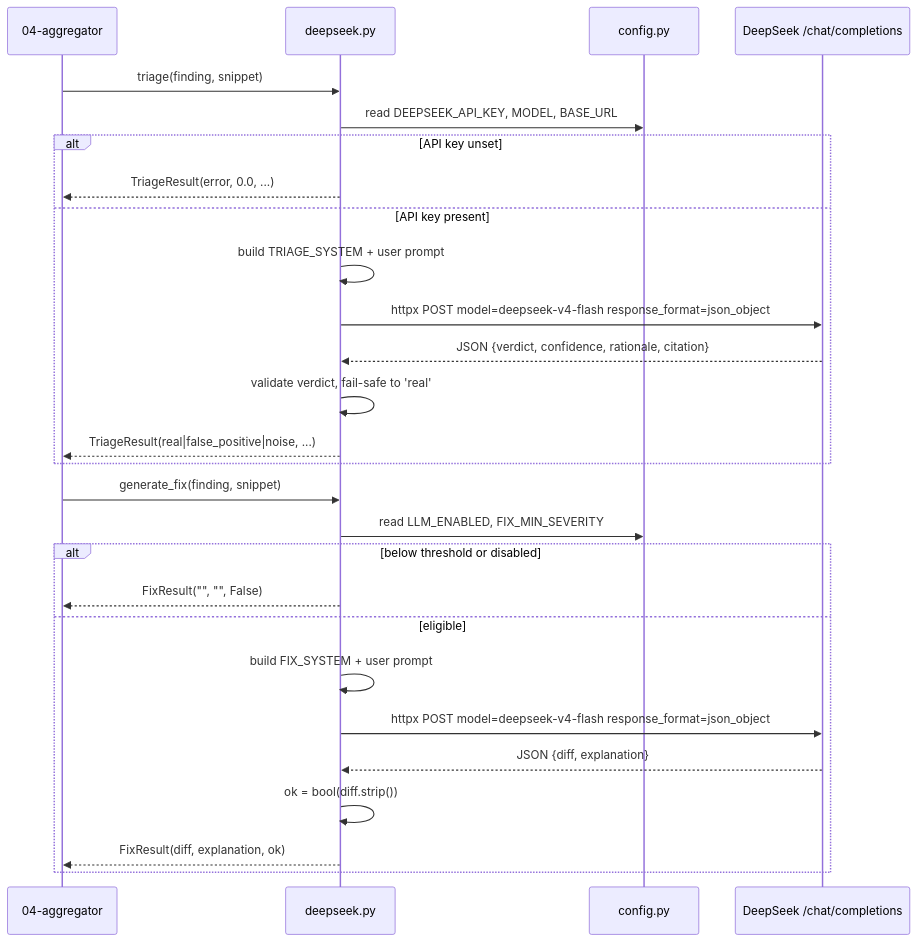
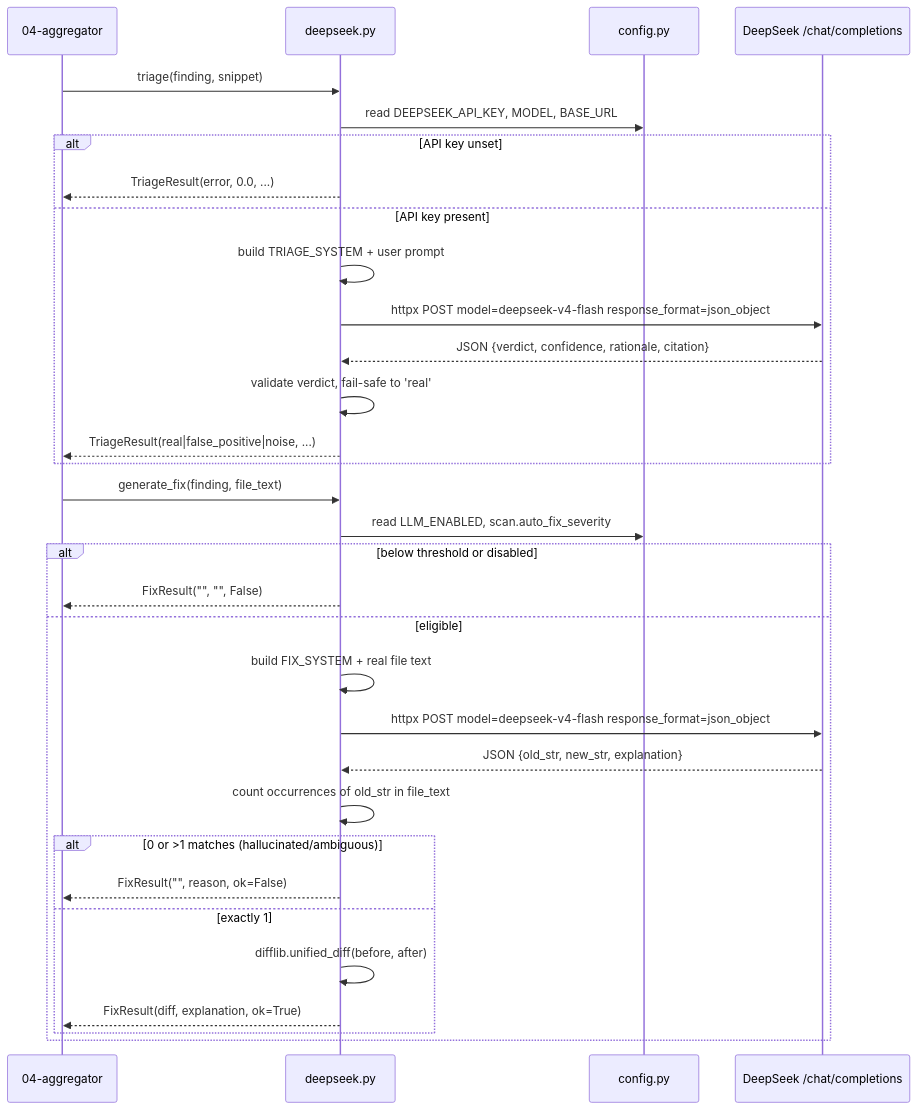
One commit to tejbruhath/CI-SAST changed the diagram in docs/05-deepseek.md. Above: the diagram before and after it, drawn with Mermaid. The commit also changed other lines of this file and 18 other files, not shown here.

````diff
--- a/docs/05-deepseek.md
+++ b/docs/05-deepseek.md
@@ -147,31 +190,36 @@
 ```mermaid
 sequenceDiagram
     participant Agg as 04-aggregator
     participant DS as deepseek.py
     participant CFG as config.py
     participant API as DeepSeek /chat/completions
 
     Agg->>DS: triage(finding, snippet)
     DS->>CFG: read DEEPSEEK_API_KEY, MODEL, BASE_URL
     alt API key unset
         DS-->>Agg: TriageResult(error, 0.0, ...)
     else API key present
         DS->>DS: build TRIAGE_SYSTEM + user prompt
         DS->>API: httpx POST model=deepseek-v4-flash response_format=json_object
         API-->>DS: JSON {verdict, confidence, rationale, citation}
         DS->>DS: validate verdict, fail-safe to 'real'
         DS-->>Agg: TriageResult(real|false_positive|noise, ...)
     end
 
-    Agg->>DS: generate_fix(finding, snippet)
-    DS->>CFG: read LLM_ENABLED, FIX_MIN_SEVERITY
+    Agg->>DS: generate_fix(finding, file_text)
+    DS->>CFG: read LLM_ENABLED, scan.auto_fix_severity
     alt below threshold or disabled
         DS-->>Agg: FixResult("", "", False)
     else eligible
-        DS->>DS: build FIX_SYSTEM + user prompt
+        DS->>DS: build FIX_SYSTEM + real file text
         DS->>API: httpx POST model=deepseek-v4-flash response_format=json_object
-        API-->>DS: JSON {diff, explanation}
-        DS->>DS: ok = bool(diff.strip())
-        DS-->>Agg: FixResult(diff, explanation, ok)
+        API-->>DS: JSON {old_str, new_str, explanation}
+        DS->>DS: count occurrences of old_str in file_text
+        alt 0 or >1 matches (hallucinated/ambiguous)
+            DS-->>Agg: FixResult("", reason, ok=False)
+        else exactly 1
+            DS->>DS: difflib.unified_diff(before, after)
+            DS-->>Agg: FixResult(diff, explanation, ok=True)
+        end
     end
 ```
````
